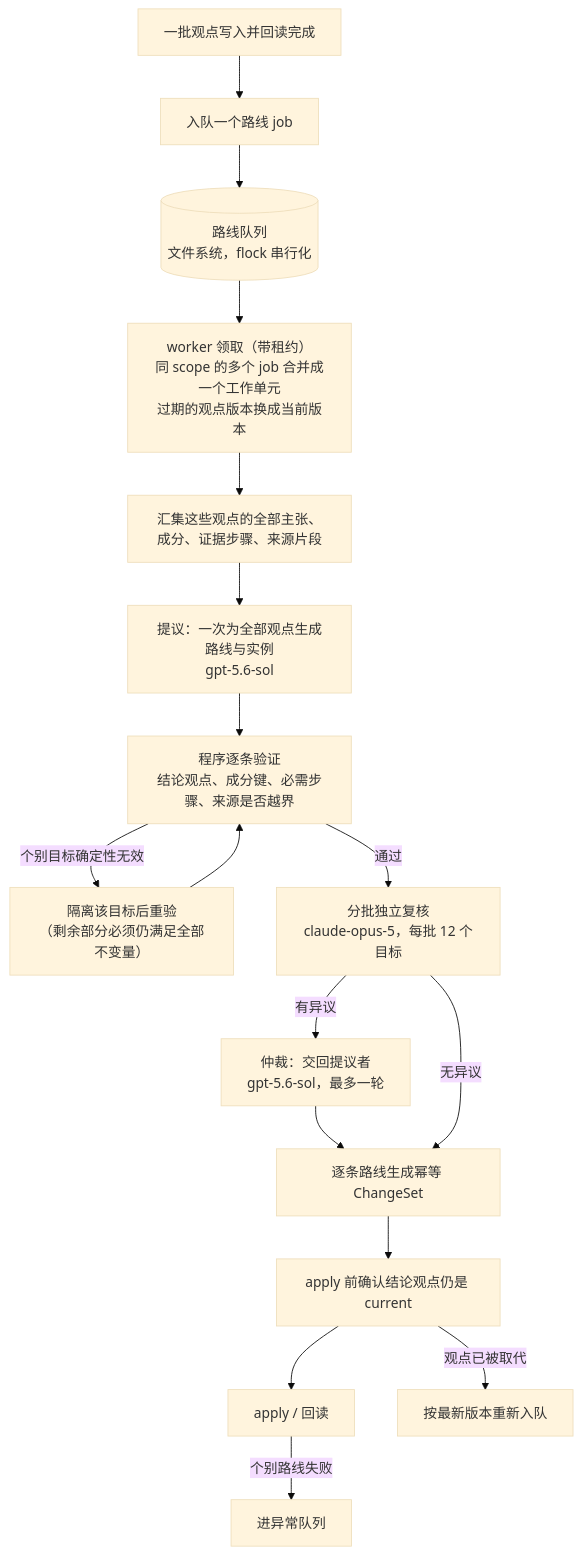
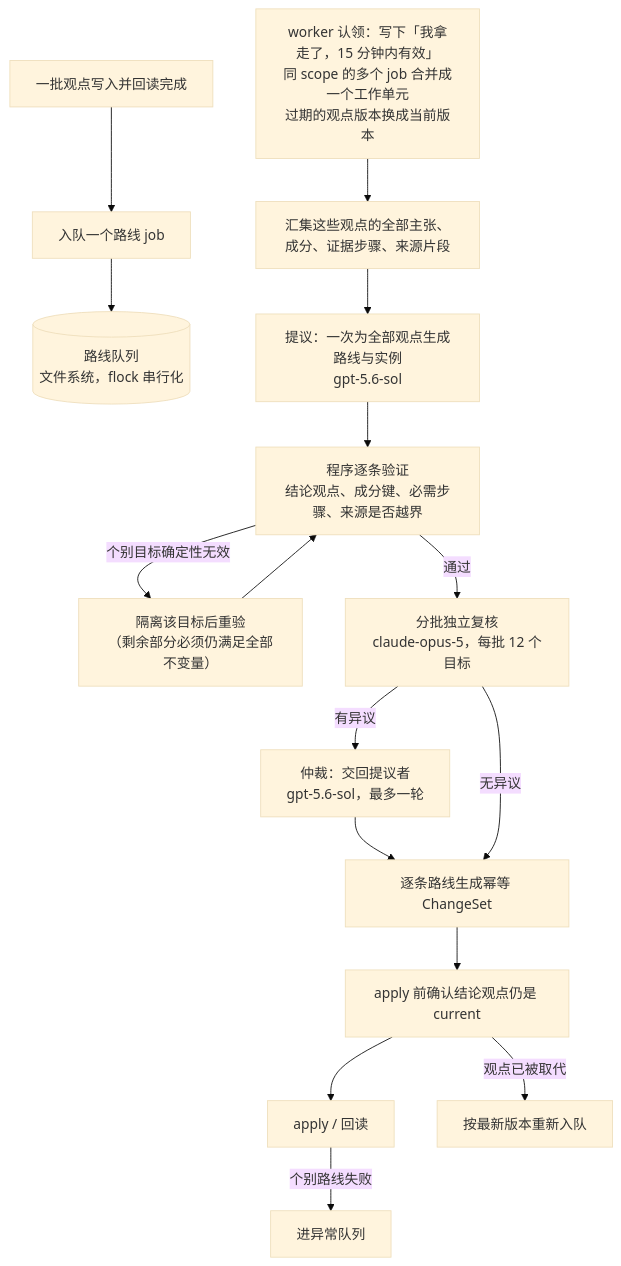
One commit to junyang168/smart-answer changed the fourth of 4 diagrams in docs/wang-knowledge-platform/20-knowledge/canonical_viewpoint_design.md. Above: the diagram before and after it, drawn with Mermaid (base theme). The commit also changed other lines of this file, not shown here.

Commit message:
docs: explain the lease instead of naming it
「带租约」 is a term of art I used without defining, which is the habit I
was told to stop. Said plainly: claiming a job writes down an expiry --
fifteen minutes by default. Finish normally and the job is marked done;
crash and nobody updates the state, but the expiry passes and the next
worker may take it.

The document now also says what the alternative costs. Marking a job
"running" with no expiry leaves it stuck there after a crash until a
person clears it -- exactly the kind of chore this design exists to keep
off the one person who can do the real work.

Claude-Session: https://claude.ai/code/session_01BaBiWCSUMTKbYagMUKc4zj

````diff
--- a/docs/wang-knowledge-platform/20-knowledge/canonical_viewpoint_design.md
+++ b/docs/wang-knowledge-platform/20-knowledge/canonical_viewpoint_design.md
@@ -208,19 +208,19 @@
 ```mermaid
 flowchart TD
     A["一批观点写入并回读完成"] --> J["入队一个路线 job"]
     J --> QQ[("路线队列<br/>文件系统，flock 串行化")]
-    QQ --> CL["worker 领取（带租约）<br/>同 scope 的多个 job 合并成一个工作单元<br/>过期的观点版本换成当前版本"]
+    CL["worker 认领：写下「我拿走了，15 分钟内有效」<br/>同 scope 的多个 job 合并成一个工作单元<br/>过期的观点版本换成当前版本"]
     CL --> G["汇集这些观点的全部主张、成分、证据步骤、来源片段"]
     G --> P["提议：一次为全部观点生成路线与实例<br/>gpt-5.6-sol"]
     P --> V["程序逐条验证<br/>结论观点、成分键、必需步骤、来源是否越界"]
     V -->|"个别目标确定性无效"| I["隔离该目标后重验<br/>（剩余部分必须仍满足全部不变量）"]
     I --> V
     V -->|"通过"| R["分批独立复核<br/>claude-opus-5，每批 12 个目标"]
     R -->|"有异议"| C["仲裁：交回提议者<br/>gpt-5.6-sol，最多一轮"]
     C --> W
     R -->|"无异议"| W["逐条路线生成幂等 ChangeSet"]
     W --> K["apply 前确认结论观点仍是 current"]
     K --> RB["apply / 回读"]
     K -->|"观点已被取代"| Q["按最新版本重新入队"]
     RB -->|"个别路线失败"| E["进异常队列"]
 ```
````
